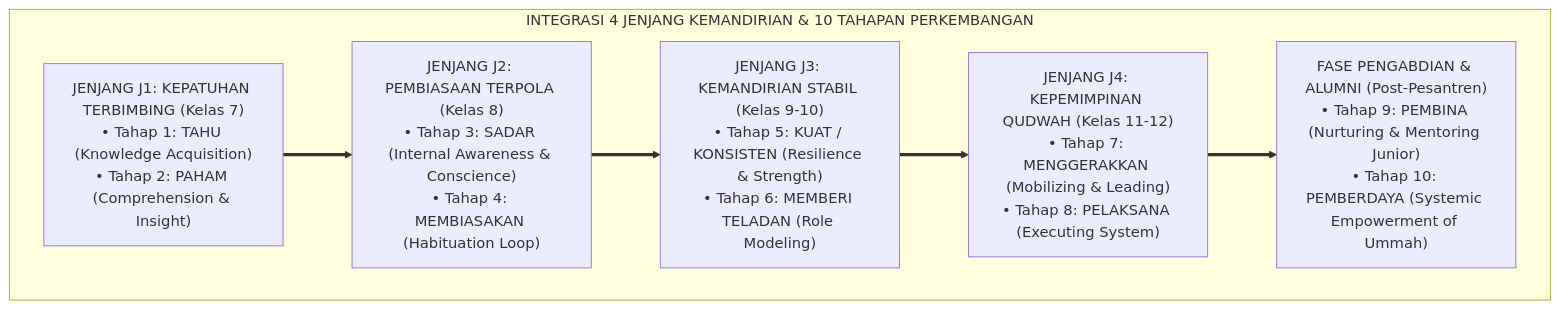
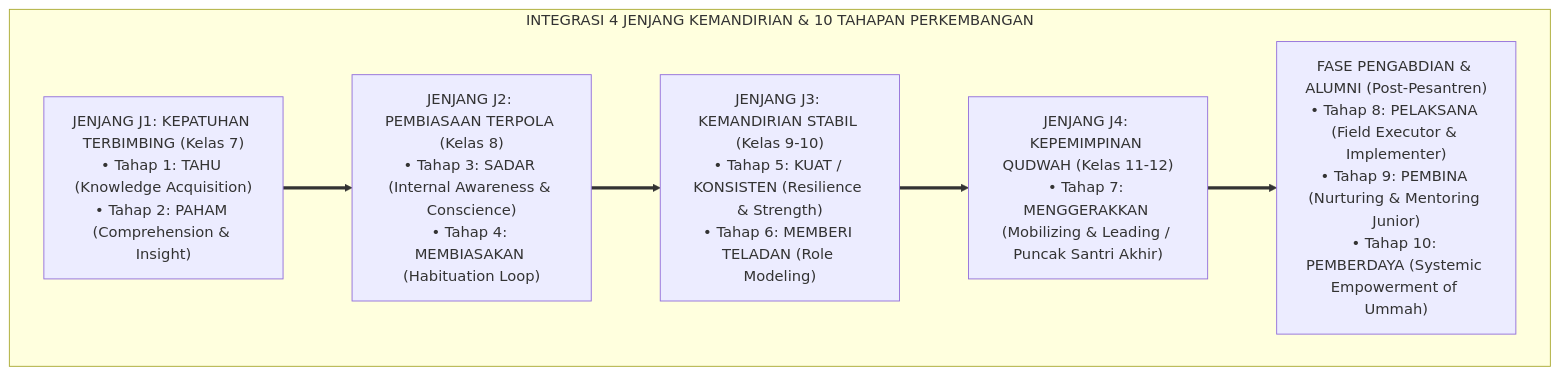
One commit to wandiapriliyandi/tumbuh changed the diagram in 04 Progression Framework/01 Development Stages/P4-01-Tahapan-Perkembangan-Makro-TUMBUH.md. Above: the diagram before and after it, drawn with Mermaid. The commit also changed other lines of this file and 2 other files, not shown here.

Commit message:
fix(progression): set Tahap 8 (Pelaksana), 9 (Pembina), 10 (Pemberdaya) as Pasca-Pesantren stages

````diff
--- a/04 Progression Framework/01 Development Stages/P4-01-Tahapan-Perkembangan-Makro-TUMBUH.md
+++ b/04 Progression Framework/01 Development Stages/P4-01-Tahapan-Perkembangan-Makro-TUMBUH.md
@@ -22,16 +22,16 @@
 ```mermaid
 graph TD
     subgraph ModelIntegrasiJenjangDanTahapan["INTEGRASI 4 JENJANG KEMANDIRIAN & 10 TAHAPAN PERKEMBANGAN"]
         J1["JENJANG J1: KEPATUHAN TERBIMBING (Kelas 7)<br/>• Tahap 1: TAHU (Knowledge Acquisition)<br/>• Tahap 2: PAHAM (Comprehension & Insight)"]
         
         J2["JENJANG J2: PEMBIASAAN TERPOLA (Kelas 8)<br/>• Tahap 3: SADAR (Internal Awareness & Conscience)<br/>• Tahap 4: MEMBIASAKAN (Habituation Loop)"]
         
         J3["JENJANG J3: KEMANDIRIAN STABIL (Kelas 9-10)<br/>• Tahap 5: KUAT / KONSISTEN (Resilience & Strength)<br/>• Tahap 6: MEMBERI TELADAN (Role Modeling)"]
         
-        J4["JENJANG J4: KEPEMIMPINAN QUDWAH (Kelas 11-12)<br/>• Tahap 7: MENGGERAKKAN (Mobilizing & Leading)<br/>• Tahap 8: PELAKSANA (Executing System)"]
+        J4["JENJANG J4: KEPEMIMPINAN QUDWAH (Kelas 11-12)<br/>• Tahap 7: MENGGERAKKAN (Mobilizing & Leading / Puncak Santri Akhir)"]
         
-        Pasca["FASE PENGABDIAN & ALUMNI (Post-Pesantren)<br/>• Tahap 9: PEMBINA (Nurturing & Mentoring Junior)<br/>• Tahap 10: PEMBERDAYA (Systemic Empowerment of Ummah)"]
+        Pasca["FASE PENGABDIAN & ALUMNI (Post-Pesantren)<br/>• Tahap 8: PELAKSANA (Field Executor & Implementer)<br/>• Tahap 9: PEMBINA (Nurturing & Mentoring Junior)<br/>• Tahap 10: PEMBERDAYA (Systemic Empowerment of Ummah)"]
         
         J1 ==> J2 ==> J3 ==> J4 ==> Pasca
     end
 ```
````
